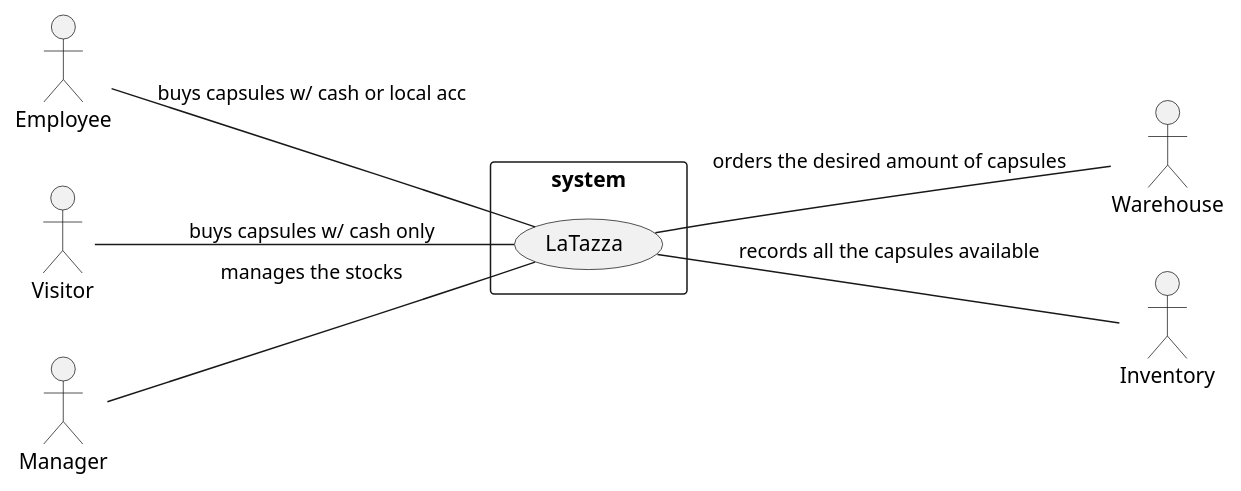
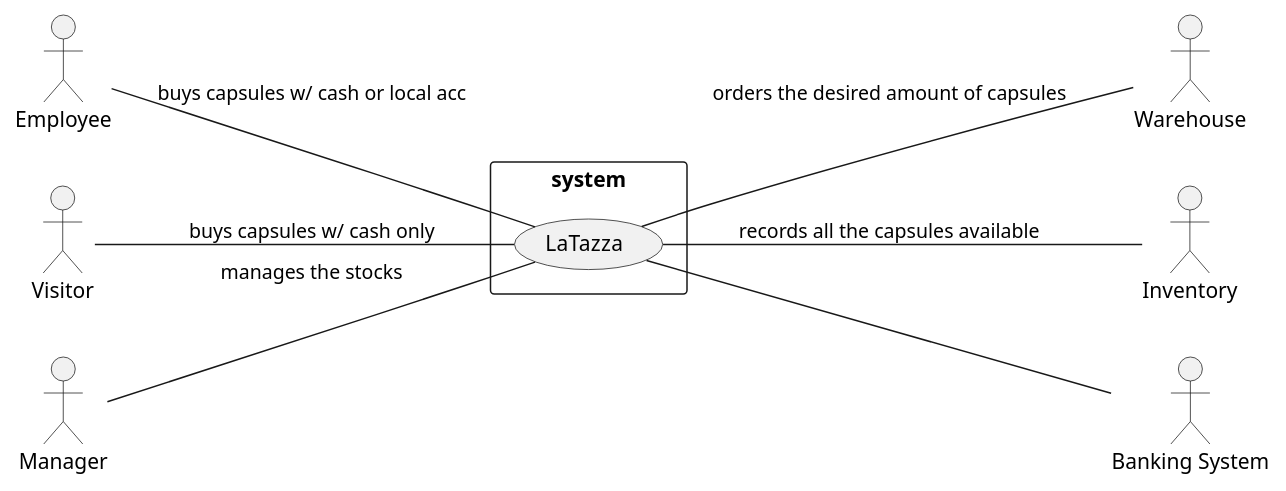
Before and after one commit to DarkSee/LaTazza: the first of 2 diagrams in templates/RequirementsTemplate.md, drawn with PlantUML. The commit also changed other lines of this file, not shown here.

````diff
--- a/templates/RequirementsTemplate.md
+++ b/templates/RequirementsTemplate.md
@@ -45,19 +47,21 @@
 ```plantuml
 left to right direction
 skinparam packageStyle rectangle
 
 actor Employee as E
 actor Visitor as V
 actor Manager as M
 actor Warehouse as W
 actor Inventory as I
+actor "Banking System" as BS
 
 rectangle system {
   (LaTazza) as LT
    M -- LT : "manages the stocks"
    E -- LT : "buys capsules w/ cash or local acc"
    V -- LT : "buys capsules w/ cash only"
    LT -- I : "records all the capsules available"
    LT -- W : "orders the desired amount of capsules"
+   LT -- BS 
 }
 ```
````
